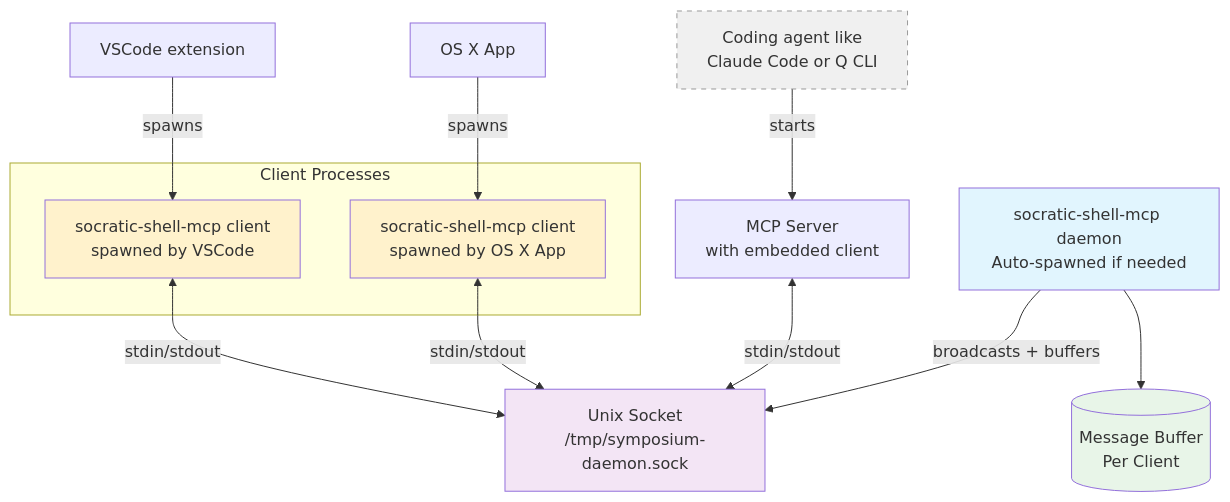
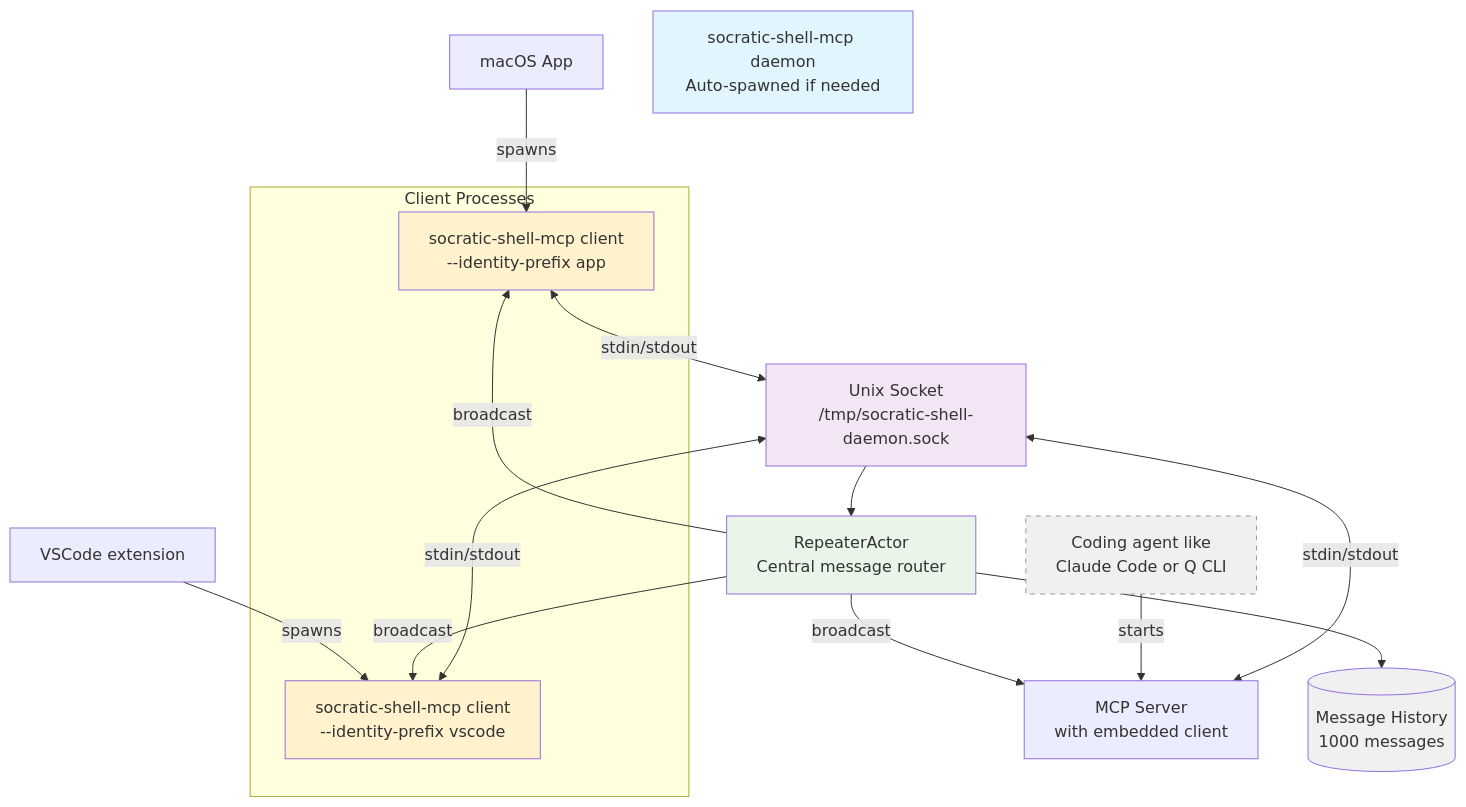
The diagram in md/design/daemon.md (socratic-shell/symposium), drawn with Mermaid before and after one commit. The commit also changed other lines of this file and 2 other files, not shown here.

First line of the commit message:
docs: rewrite daemon architecture chapter for RepeaterActor

````diff
--- a/md/design/daemon.md
+++ b/md/design/daemon.md
@@ -7,34 +7,39 @@
 ```mermaid
 graph TB
-    OSX[OS X App]
+    OSX[macOS App]
     MCP[MCP Server<br/>with embedded client]
     EXT[VSCode extension]
     DAEMON[socratic-shell-mcp daemon<br/>Auto-spawned if needed]
-    SOCKET[Unix Socket<br>/tmp/symposium-daemon.sock]
+    SOCKET[Unix Socket<br>/tmp/socratic-shell-daemon.sock]
     AGENT[Coding agent like<br>Claude Code or Q CLI]
-    BUFFER[(Message Buffer<br/>Per Client)]
+    REPEATER[RepeaterActor<br/>Central message router]
+    HISTORY[(Message History<br/>1000 messages)]
     
     subgraph "Client Processes"
-        CLIENT2[socratic-shell-mcp client<br/>spawned by OS X App]
-        CLIENT1[socratic-shell-mcp client<br/>spawned by VSCode]
+        CLIENT2[socratic-shell-mcp client<br/>--identity-prefix app]
+        CLIENT1[socratic-shell-mcp client<br/>--identity-prefix vscode]
     end
     
     EXT -->|spawns| CLIENT1
     OSX -->|spawns| CLIENT2
     
     CLIENT1 <-->|stdin/stdout| SOCKET
     CLIENT2 <-->|stdin/stdout| SOCKET
     MCP <-->|stdin/stdout| SOCKET
 
+    SOCKET --> REPEATER
+    REPEATER --> HISTORY
+    REPEATER -->|broadcast| CLIENT1
+    REPEATER -->|broadcast| CLIENT2
+    REPEATER -->|broadcast| MCP
+
     AGENT -- starts --> MCP
-    
-    DAEMON -->|broadcasts + buffers| SOCKET
-    DAEMON --> BUFFER
     
     style DAEMON fill:#e1f5fe
     style SOCKET fill:#f3e5f5
     style CLIENT1 fill:#fff2cc
     style CLIENT2 fill:#fff2cc
+    style REPEATER fill:#e8f5e8
+    style HISTORY fill:#f0f0f0
     style AGENT fill:#f0f0f0,stroke:#999,stroke-dasharray: 5 5
-    style BUFFER fill:#e8f5e8
 ```
````
